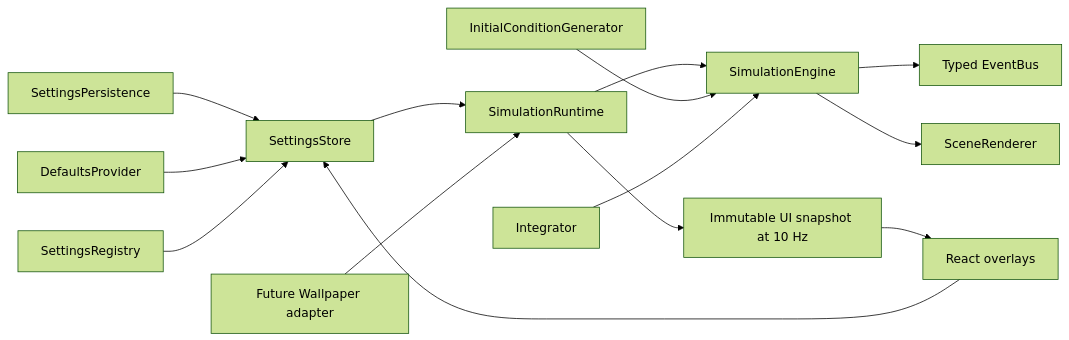
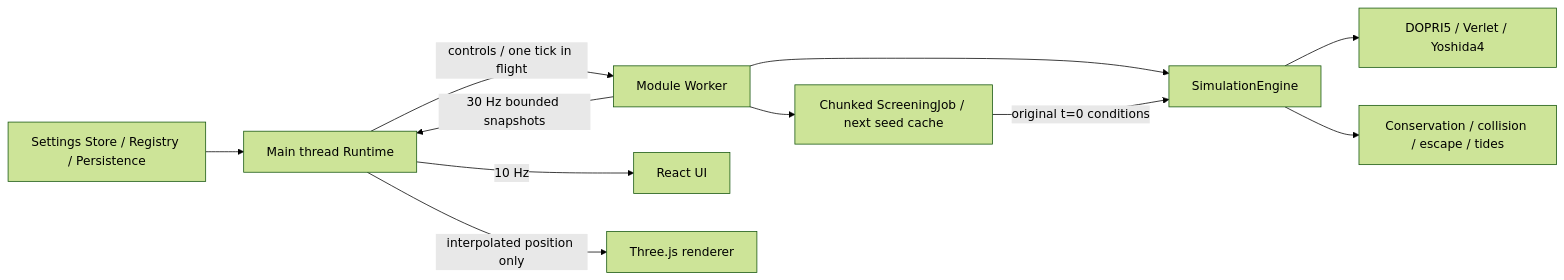
Before and after one commit to BillOu0104/1: the diagram in docs/architecture.md, drawn with Mermaid (forest theme). The commit also changed other lines of this file and 67 other files, not shown here.

Commit message:
feat: upgrade V0.2 physics, structured chaos screening and Worker lifecycle

````diff
--- a/docs/architecture.md
+++ b/docs/architecture.md
@@ -5,16 +3,13 @@
 ```mermaid
 flowchart LR
-  Persistence[SettingsPersistence] --> Store[SettingsStore]
-  Defaults[DefaultsProvider] --> Store
-  Registry[SettingsRegistry] --> Store
-  UI[React overlays] --> Store
-  Store --> Runtime[SimulationRuntime]
-  Runtime --> Engine[SimulationEngine]
-  Generator[InitialConditionGenerator] --> Engine
-  Integrator[Integrator] --> Engine
-  Engine --> Events[Typed EventBus]
-  Engine --> Renderer[SceneRenderer]
-  Runtime --> Snapshot[Immutable UI snapshot at 10 Hz]
-  Snapshot --> UI
-  Host[Future Wallpaper adapter] --> Runtime
+  Store[Settings Store / Registry / Persistence] --> Runtime[Main thread Runtime]
+  Runtime -->|controls / one tick in flight| Worker[Module Worker]
+  Worker --> Engine[SimulationEngine]
+  Worker --> Screen[Chunked ScreeningJob / next seed cache]
+  Screen -->|original t=0 conditions| Engine
+  Engine --> Adaptive[DOPRI5 / Verlet / Yoshida4]
+  Engine --> Checks[Conservation / collision / escape / tides]
+  Worker -->|30 Hz bounded snapshots| Runtime
+  Runtime -->|10 Hz| UI[React UI]
+  Runtime -->|interpolated position only| Scene[Three.js renderer]
 ```
````
